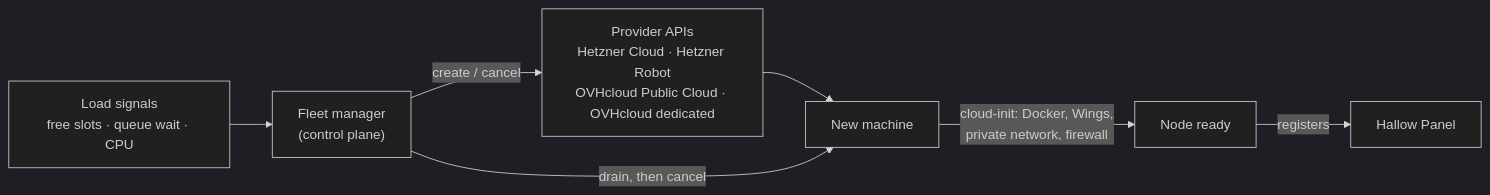
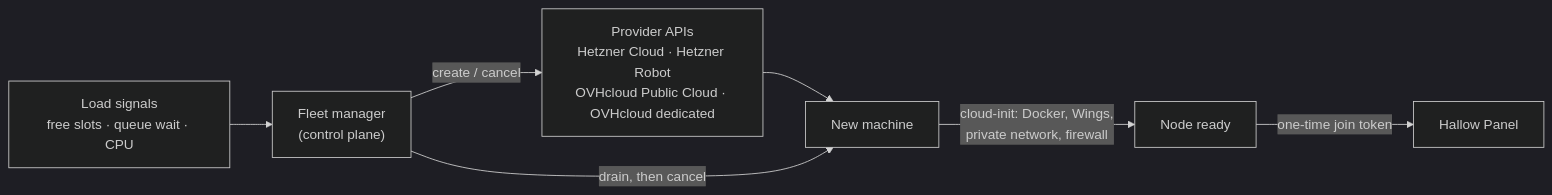
Before and after one commit to xena-studios/hallow: the first of 2 diagrams in docs/FLEET.md, drawn with Mermaid (dark theme). The commit also changed other lines of this file and 30 other files, not shown here.

````diff
--- a/docs/FLEET.md
+++ b/docs/FLEET.md
@@ -5,9 +5,9 @@
 ```mermaid
 flowchart LR
     metrics["Load signals<br/>free slots · queue wait · CPU"] --> fm["Fleet manager<br/>(control plane)"]
     fm -- "create / cancel" --> prov["Provider APIs<br/>Hetzner Cloud · Hetzner Robot<br/>OVHcloud Public Cloud · OVHcloud dedicated"]
     prov --> node["New machine"]
     node -- "cloud-init: Docker, Wings,<br/>private network, firewall" --> ready["Node ready"]
-    ready -- "registers" --> panel["Hallow Panel"]
+    ready -- "one-time join token" --> panel["Hallow Panel"]
     fm -- "drain, then cancel" --> node
 ```
````
